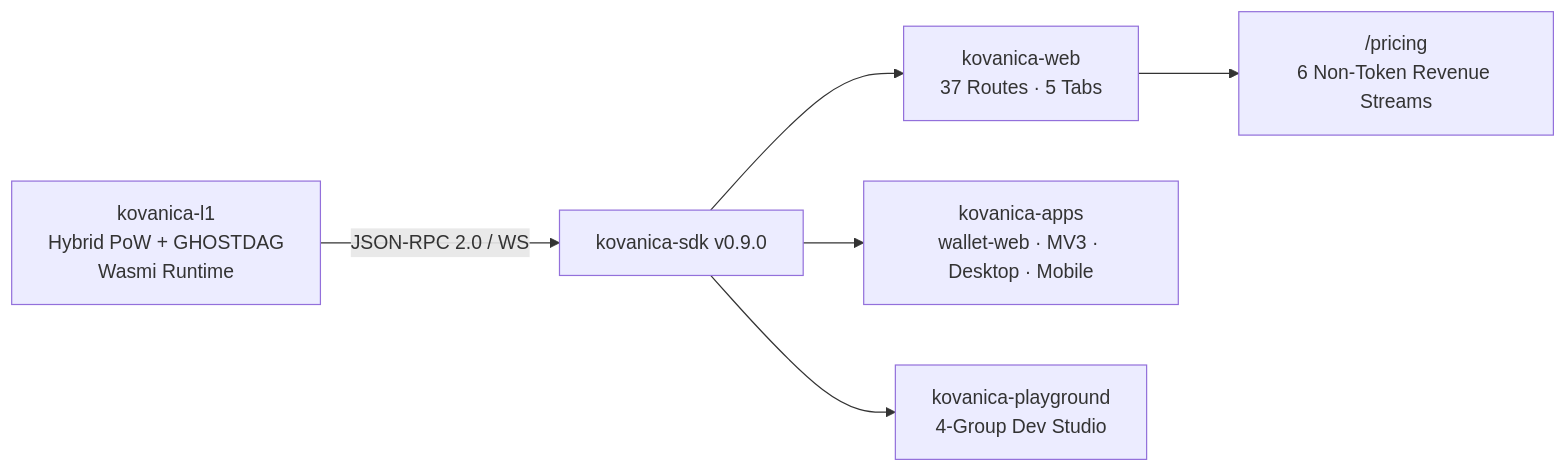
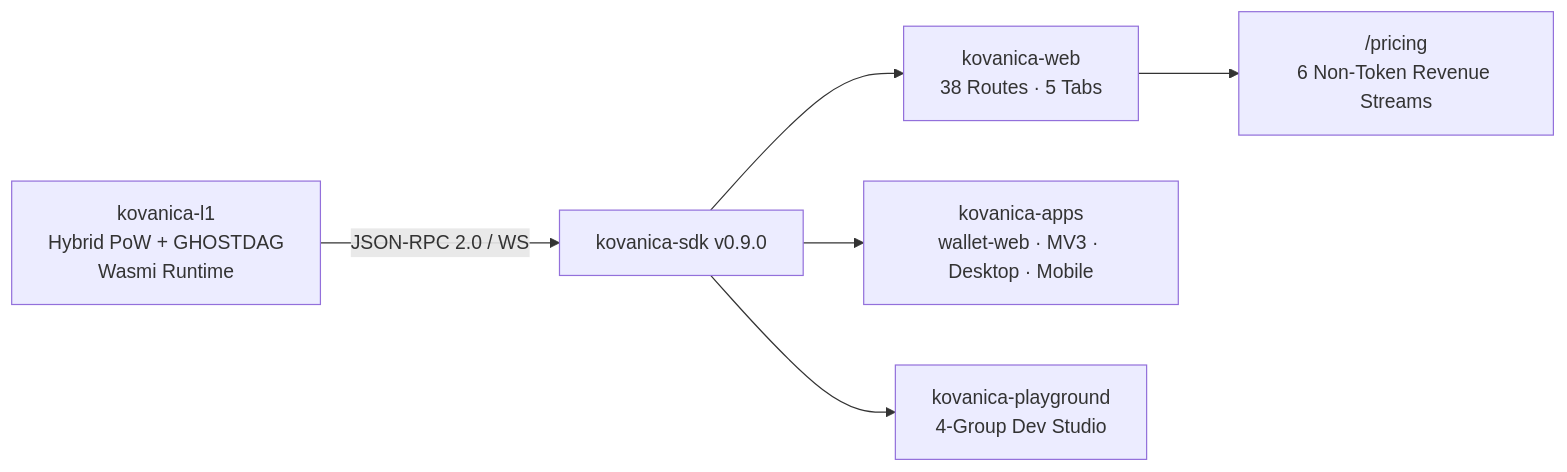
Before and after one commit to BetterCallDzuks/Kovanica-Vault: the diagram in 00 - Kovanica Protocol MOC.md, drawn with Mermaid. The commit also changed other lines of this file and 5 other files, not shown here.

````diff
--- a/00 - Kovanica Protocol MOC.md
+++ b/00 - Kovanica Protocol MOC.md
@@ -97,8 +97,8 @@
 ```mermaid
 flowchart LR
     L1["kovanica-l1\nHybrid PoW + GHOSTDAG\nWasmi Runtime"] -->|"JSON-RPC 2.0 / WS"| SDK["kovanica-sdk v0.9.0"]
-    SDK --> WEB["kovanica-web\n37 Routes · 5 Tabs"]
+    SDK --> WEB["kovanica-web\n38 Routes · 5 Tabs"]
     SDK --> APPS["kovanica-apps\nwallet-web · MV3 · Desktop · Mobile"]
     SDK --> PG["kovanica-playground\n4-Group Dev Studio"]
     WEB --> REV["/pricing\n6 Non-Token Revenue Streams"]
 ```
````
